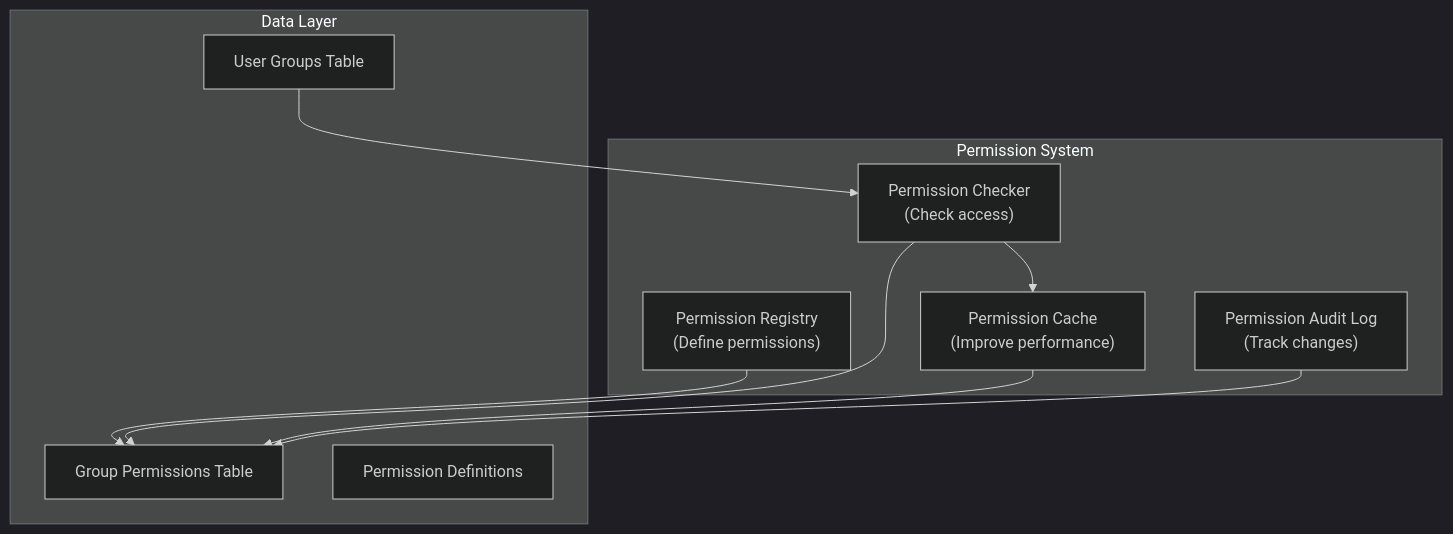
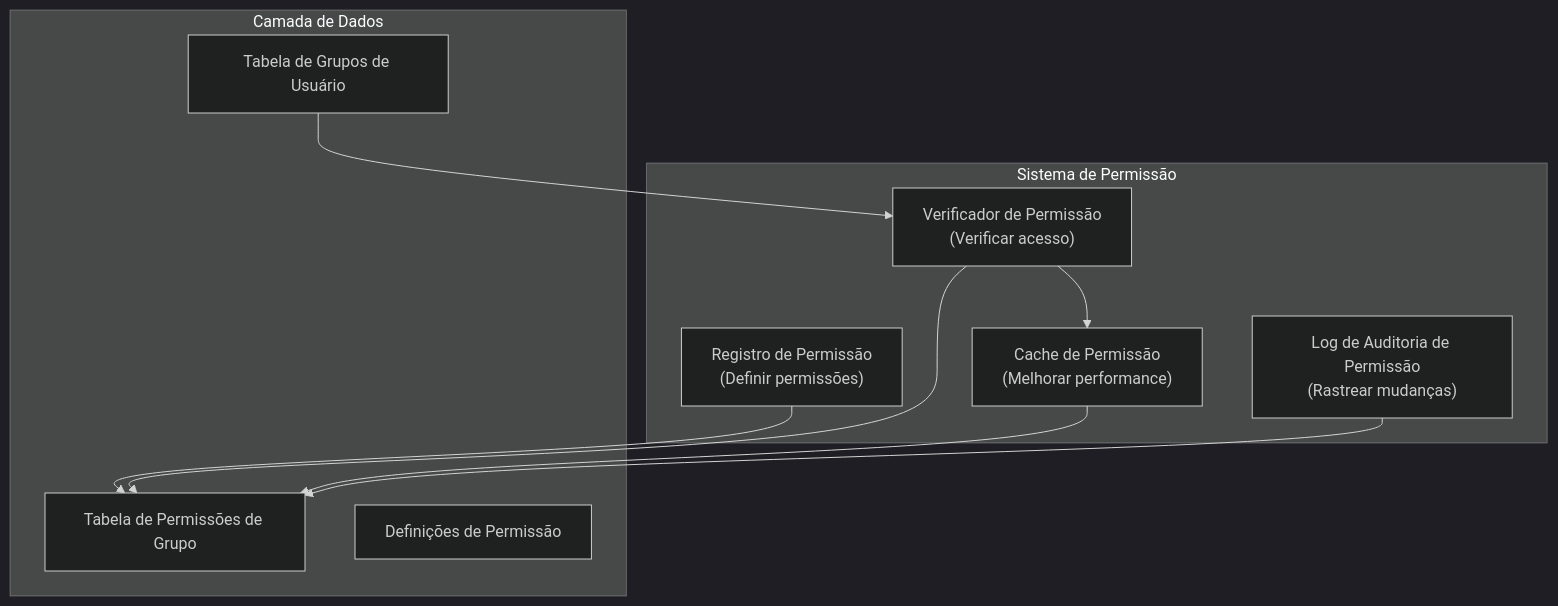
The diagram in apps/docs-27/src/content/docs/pt/contributing/adrs/adr-006.md (mambax7/xoops-docs), drawn with Mermaid (dark theme) before and after one commit. The commit also changed other lines of this file and 162 other files, not shown here.

````diff
--- a/apps/docs-27/src/content/docs/pt/contributing/adrs/adr-006.md
+++ b/apps/docs-27/src/content/docs/pt/contributing/adrs/adr-006.md
@@ -87,22 +87,22 @@
 ```mermaid
 graph TB
-    subgraph "Permission System"
-        A["Permission Registry<br/>(Define permissions)"]
-        B["Permission Checker<br/>(Check access)"]
-        C["Permission Cache<br/>(Improve performance)"]
-        D["Permission Audit Log<br/>(Track changes)"]
+    subgraph "Sistema de Permissão"
+        A["Registro de Permissão<br/>(Definir permissões)"]
+        B["Verificador de Permissão<br/>(Verificar acesso)"]
+        C["Cache de Permissão<br/>(Melhorar performance)"]
+        D["Log de Auditoria de Permissão<br/>(Rastrear mudanças)"]
     end
 
-    subgraph "Data Layer"
-        E["Group Permissions Table"]
-        F["User Groups Table"]
-        G["Permission Definitions"]
+    subgraph "Camada de Dados"
+        E["Tabela de Permissões de Grupo"]
+        F["Tabela de Grupos de Usuário"]
+        G["Definições de Permissão"]
     end
 
     A --> E
     B --> E
     B --> C
     C --> E
     D --> E
     F --> B
 ```
````
